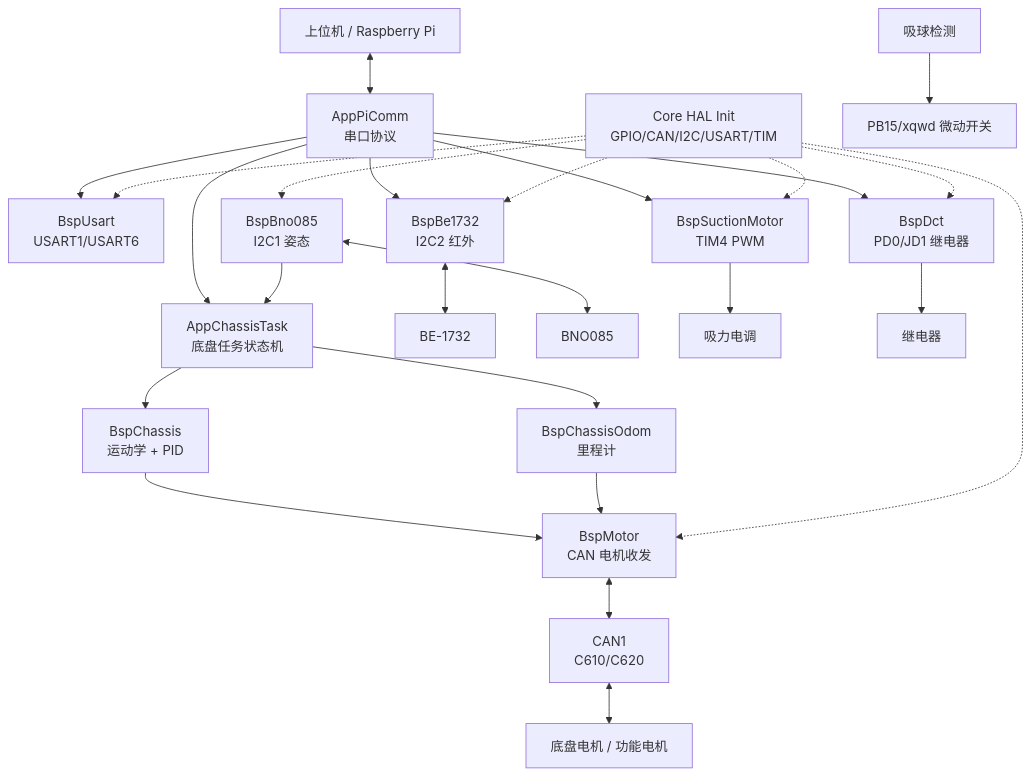
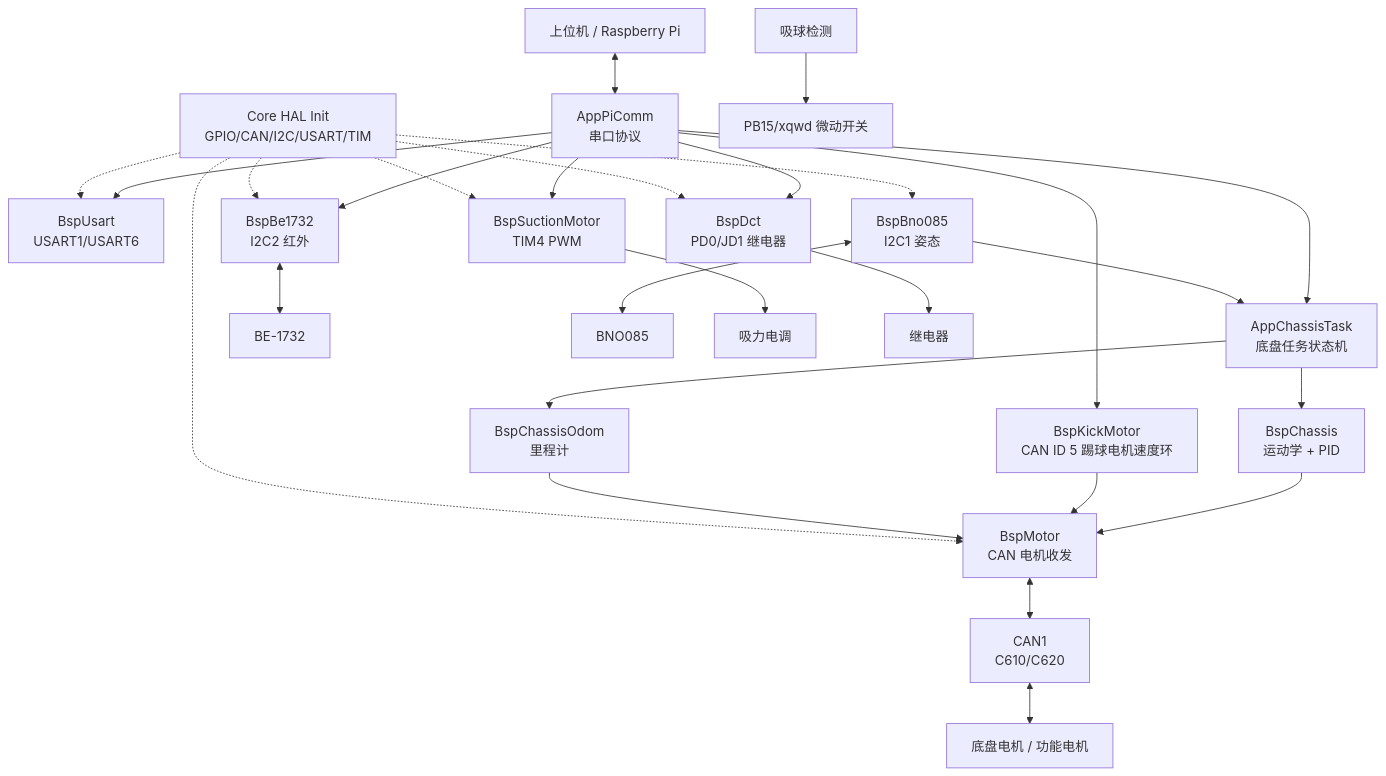
The first of 13 diagrams in RCJchassisdiver/CODE_LOGIC.md (ChaseZhao619/RCJChassisDriver), drawn with Mermaid before and after one commit. The commit also changed other lines of this file and 6 other files, not shown here.

Commit message:
feat(kick_motor): 添加踢球电机控制功能及相关命令支持

````diff
--- a/RCJchassisdiver/CODE_LOGIC.md
+++ b/RCJchassisdiver/CODE_LOGIC.md
@@ -17,45 +17,48 @@
 ```mermaid
 flowchart TB
     Host["上位机 / Raspberry Pi"]
     AppPi["AppPiComm\n串口协议"]
     AppChassis["AppChassisTask\n底盘任务状态机"]
     Core["Core HAL Init\nGPIO/CAN/I2C/USART/TIM"]
     Usart["BspUsart\nUSART1/USART6"]
     Motor["BspMotor\nCAN 电机收发"]
     Chassis["BspChassis\n运动学 + PID"]
     Odom["BspChassisOdom\n里程计"]
     Imu["BspBno085\nI2C1 姿态"]
     Infra["BspBe1732\nI2C2 红外"]
     Suck["BspSuctionMotor\nTIM4 PWM"]
     Dct["BspDct\nPD0/JD1 继电器"]
+    Kick["BspKickMotor\nCAN ID 5 踢球电机速度环"]
     CanBus["CAN1\nC610/C620"]
     Motors["底盘电机 / 功能电机"]
     Be1732["BE-1732"]
     Bno085["BNO085"]
     Esc["吸力电调"]
 
     Host <--> AppPi
     AppPi --> AppChassis
     AppPi --> Infra
     AppPi --> Suck
     AppPi --> Dct
+    AppPi --> Kick
     AppPi --> Usart
     AppChassis --> Chassis
     AppChassis --> Odom
     Imu --> AppChassis
     Chassis --> Motor
+    Kick --> Motor
     Odom --> Motor
     Motor <--> CanBus
     CanBus <--> Motors
     Infra <--> Be1732
     Imu <--> Bno085
     Suck --> Esc
     SuckDetect["吸球检测"] --> Switch["PB15/xqwd 微动开关"]
     Dct --> Relay["继电器"]
     Core -.-> Usart
     Core -.-> Motor
     Core -.-> Infra
     Core -.-> Imu
     Core -.-> Suck
     Core -.-> Dct
 ```
````
